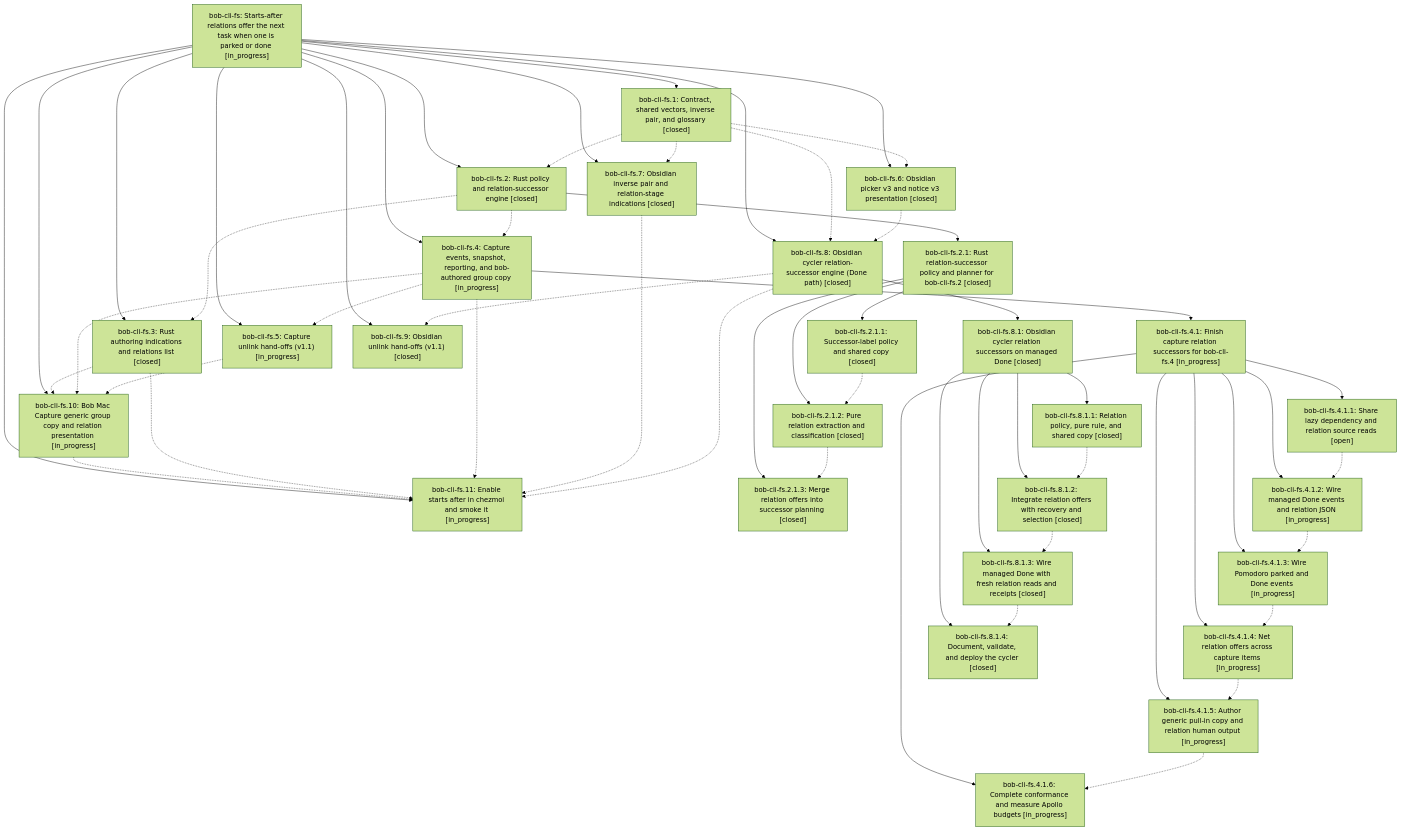
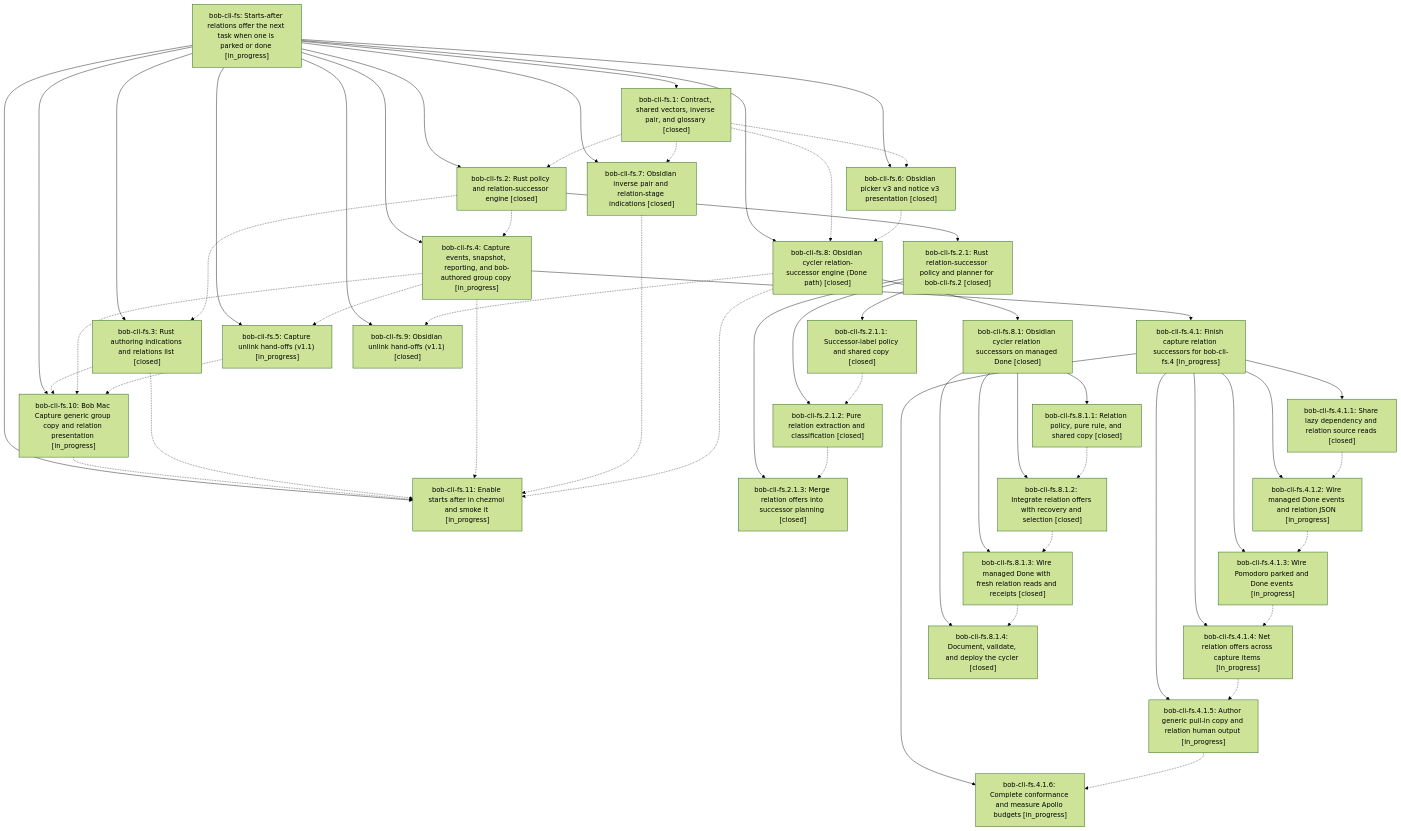
One commit to bobs-org/bob-cli--beads changed the diagram in pages/bob-cli-fs/README.md. Above: the diagram before and after it, drawn with Mermaid (forest theme). The commit also changed other lines of this file and 5 other files, not shown here.

First line of the commit message:
chore(beads): sync bead state and pages for bob-cli-fs

```diff
--- a/pages/bob-cli-fs/README.md
+++ b/pages/bob-cli-fs/README.md
@@ -59,7 +59,7 @@
     n9["bob-cli-fs.3: Rust authoring indications and relations list [closed]"]
     n10["bob-cli-fs.4: Capture events, snapshot, reporting, and bob-authored group copy [in_progress]"]
     n11["bob-cli-fs.4.1: Finish capture relation successors for bob-cli-fs.4 [in_progress]"]
-    n12["bob-cli-fs.4.1.1: Share lazy dependency and relation source reads [open]"]
+    n12["bob-cli-fs.4.1.1: Share lazy dependency and relation source reads [closed]"]
     n13["bob-cli-fs.4.1.2: Wire managed Done events and relation JSON [in_progress]"]
     n14["bob-cli-fs.4.1.3: Wire Pomodoro parked and Done events [in_progress]"]
     n15["bob-cli-fs.4.1.4: Net relation offers across capture items [in_progress]"]
```
